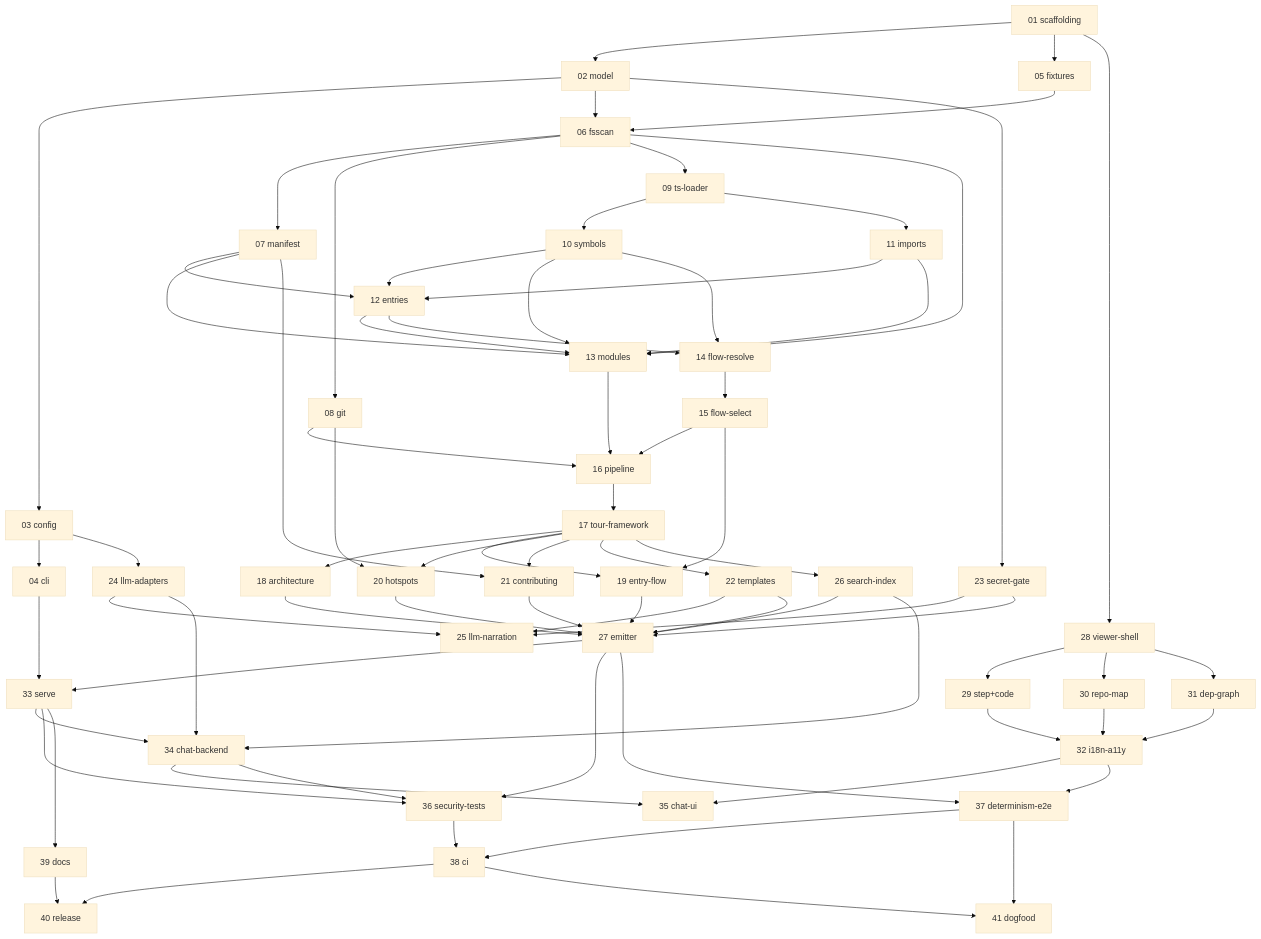
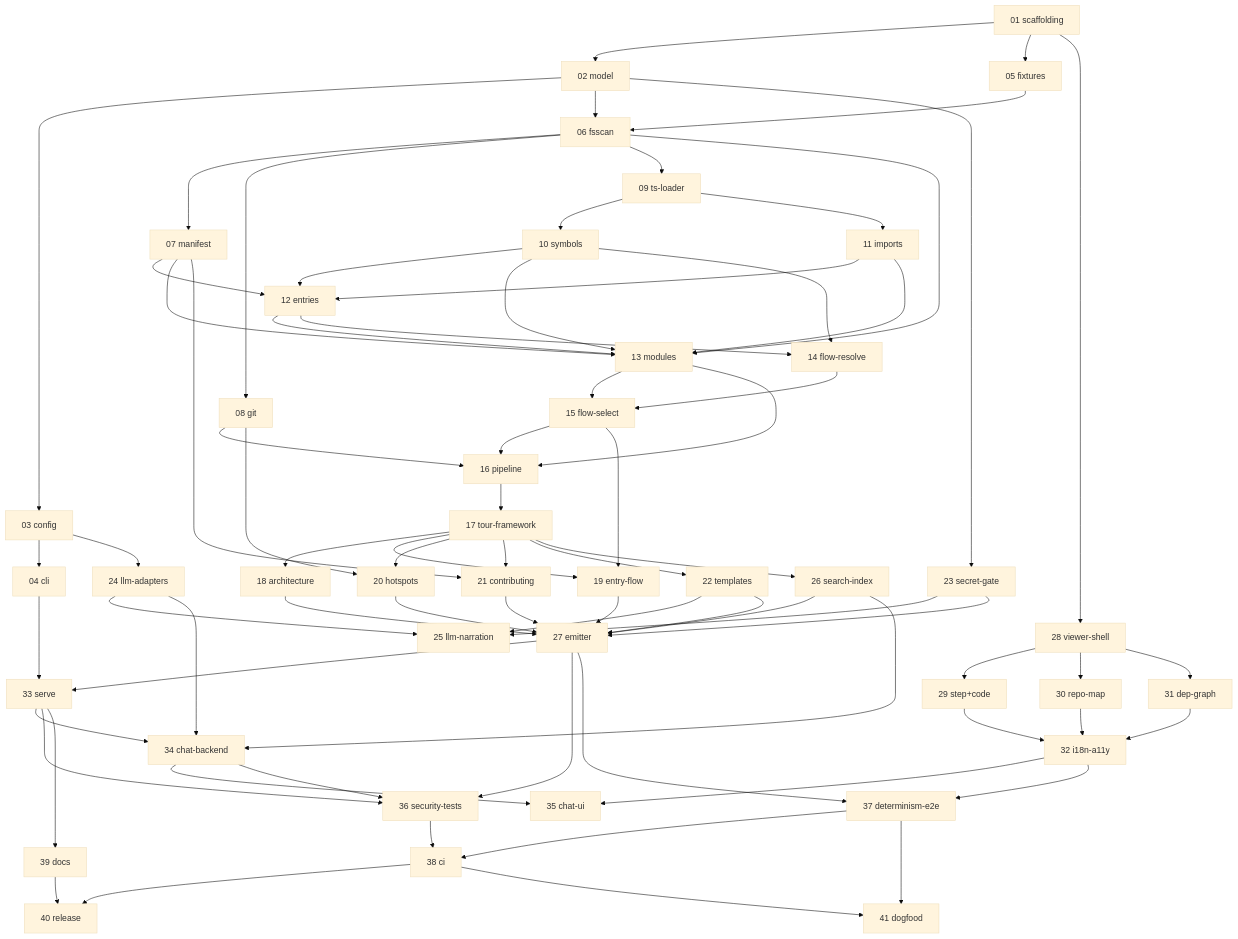
The diagram in docs/ISSUE_PLAN.md (Saber5656/onboard), drawn with Mermaid (base theme) before and after one commit. The commit also changed other lines of this file and 16 other files, not shown here.

````diff
--- a/docs/ISSUE_PLAN.md
+++ b/docs/ISSUE_PLAN.md
@@ -67,34 +67,34 @@
 ```mermaid
 flowchart TD
     I01[01 scaffolding] --> I02[02 model] --> I03[03 config] --> I04[04 cli]
     I01 --> I05[05 fixtures]
     I02 --> I06[06 fsscan]; I05 --> I06
     I06 --> I07[07 manifest]; I06 --> I08[08 git]; I06 --> I09[09 ts-loader]
     I09 --> I10[10 symbols]; I09 --> I11[11 imports]
     I07 --> I12[12 entries]; I10 --> I12; I11 --> I12
     I06 --> I13[13 modules]; I07 --> I13; I10 --> I13; I11 --> I13; I12 --> I13
-    I10 --> I14[14 flow-resolve]; I12 --> I14; I14 --> I15[15 flow-select]
+    I10 --> I14[14 flow-resolve]; I12 --> I14; I14 --> I15[15 flow-select]; I13 --> I15
     I13 --> I16[16 pipeline]; I15 --> I16; I08 --> I16
     I16 --> I17[17 tour-framework]
     I17 --> I18[18 architecture]; I17 --> I19[19 entry-flow]; I15 --> I19
     I17 --> I20[20 hotspots]; I08 --> I20
     I17 --> I21[21 contributing]; I07 --> I21
     I17 --> I22[22 templates]
     I02 --> I23[23 secret-gate]
     I03 --> I24[24 llm-adapters]
     I22 --> I25[25 llm-narration]; I23 --> I25; I24 --> I25
     I17 --> I26[26 search-index]
     I18 --> I27[27 emitter]; I19 --> I27; I20 --> I27; I21 --> I27; I22 --> I27; I23 --> I27; I26 --> I27
     I01 --> I28[28 viewer-shell] --> I29[29 step+code]
     I28 --> I30[30 repo-map]; I28 --> I31[31 dep-graph]
     I29 --> I32[32 i18n-a11y]; I30 --> I32; I31 --> I32
     I04 --> I33[33 serve]; I27 --> I33
     I24 --> I34[34 chat-backend]; I26 --> I34; I33 --> I34
     I32 --> I35[35 chat-ui]; I34 --> I35
     I27 --> I36[36 security-tests]; I33 --> I36; I34 --> I36
     I27 --> I37[37 determinism-e2e]; I32 --> I37
     I36 --> I38[38 ci]; I37 --> I38
     I33 --> I39[39 docs]
     I38 --> I40[40 release]; I39 --> I40
     I37 --> I41[41 dogfood]; I38 --> I41
 ```
````
